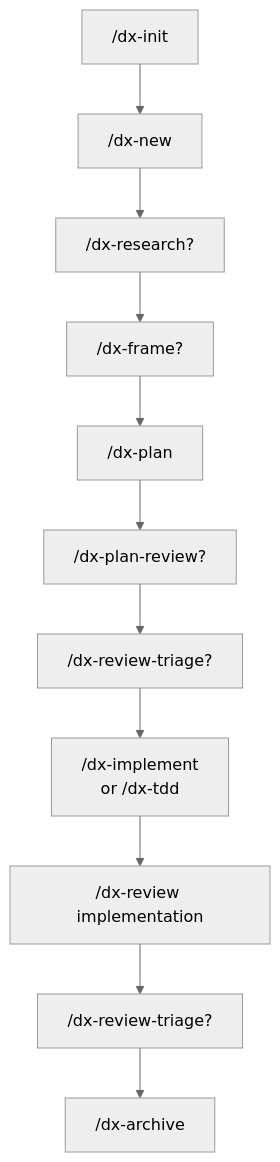
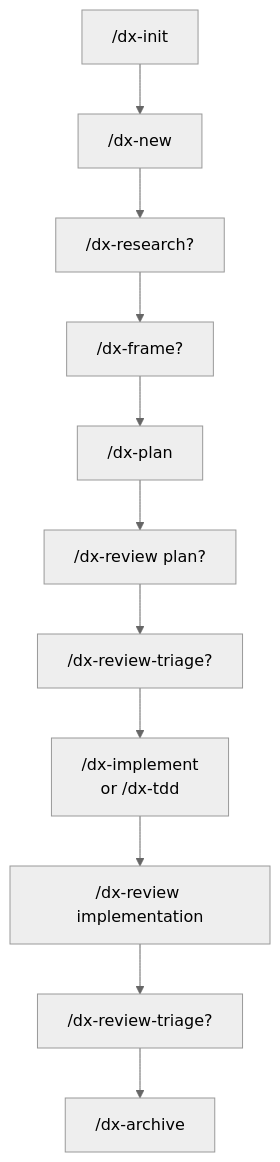
One commit to dikamilo/dx-workflow changed the diagram in docs/explanation/workflow-overview.md. Above: the diagram before and after it, drawn with Mermaid (neutral theme). The commit also changed other lines of this file and 9 other files, not shown here.

````diff
--- a/docs/explanation/workflow-overview.md
+++ b/docs/explanation/workflow-overview.md
@@ -65,13 +65,13 @@
 ```mermaid
 flowchart TD
   init["/dx-init"] --> new["/dx-new"]
   new --> research["/dx-research?"]
   research --> frame["/dx-frame?"]
   frame --> plan["/dx-plan"]
-  plan --> planreview["/dx-plan-review?"]
+  plan --> planreview["/dx-review plan?"]
   planreview --> triage1["/dx-review-triage?"]
   triage1 --> impl["/dx-implement<br/>or /dx-tdd"]
   impl --> implreview["/dx-review implementation"]
   implreview --> triage2["/dx-review-triage?"]
   triage2 --> archive["/dx-archive"]
 ```
````
